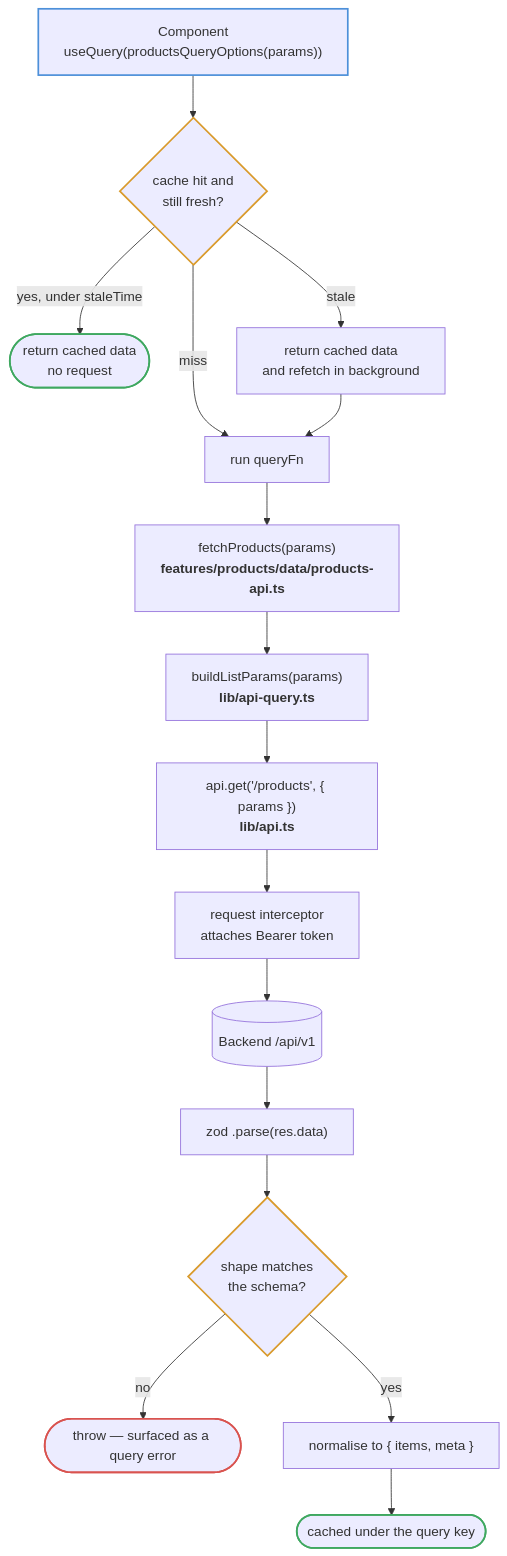
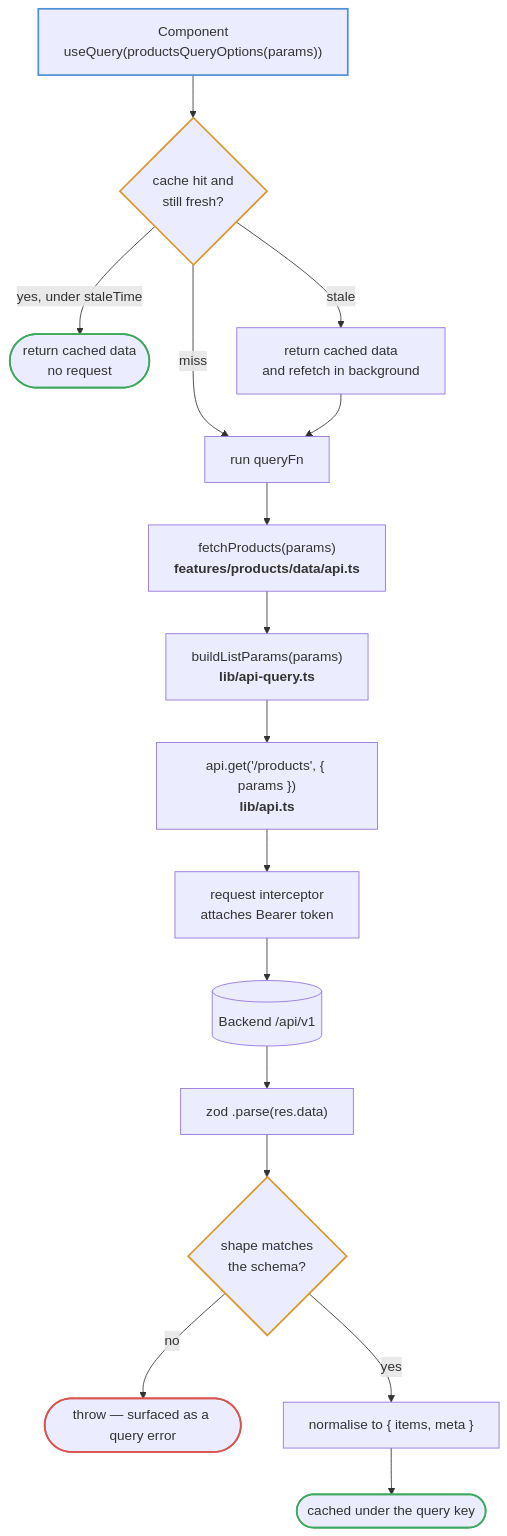
One commit to TGCTZ/TGC-SERVICE-FRONTEND changed the first of 5 diagrams in docs/diagrams/data-fetching.md. Above: the diagram before and after it, drawn with Mermaid. The commit also changed 373 other files, not shown here.

````diff
--- a/docs/diagrams/data-fetching.md
+++ b/docs/diagrams/data-fetching.md
@@ -8,28 +8,28 @@
 ```mermaid
 flowchart TD
     COMP["Component<br/>useQuery(productsQueryOptions(params))"] --> CACHE{"cache hit and<br/>still fresh?"}
 
     CACHE -->|"yes, under staleTime"| SERVE(["return cached data<br/>no request"])
     CACHE -->|"stale"| BOTH["return cached data<br/>and refetch in background"]
     CACHE -->|miss| FETCH["run queryFn"]
 
     BOTH --> FETCH
-    FETCH --> APIFN["fetchProducts(params)<br/><b>features/products/data/products-api.ts</b>"]
+    FETCH --> APIFN["fetchProducts(params)<br/><b>features/products/data/api.ts</b>"]
     APIFN --> BUILD["buildListParams(params)<br/><b>lib/api-query.ts</b>"]
     BUILD --> AXIOS["api.get('/products', { params })<br/><b>lib/api.ts</b>"]
     AXIOS --> INTER["request interceptor<br/>attaches Bearer token"]
     INTER --> BACKEND[("Backend /api/v1")]
 
     BACKEND --> PARSE["zod .parse(res.data)"]
     PARSE --> VALID{"shape matches<br/>the schema?"}
     VALID -->|no| THROW(["throw — surfaced as a query error"])
     VALID -->|yes| STORE["normalise to { items, meta }"]
     STORE --> CACHED(["cached under the query key"])
 
     style COMP stroke:#4d90d9,stroke-width:2px
     style CACHE stroke:#d99a2b,stroke-width:2px
     style VALID stroke:#d99a2b,stroke-width:2px
     style SERVE stroke:#3fa860,stroke-width:2px
     style CACHED stroke:#3fa860,stroke-width:2px
     style THROW stroke:#d9534f,stroke-width:2px
 ```
````
